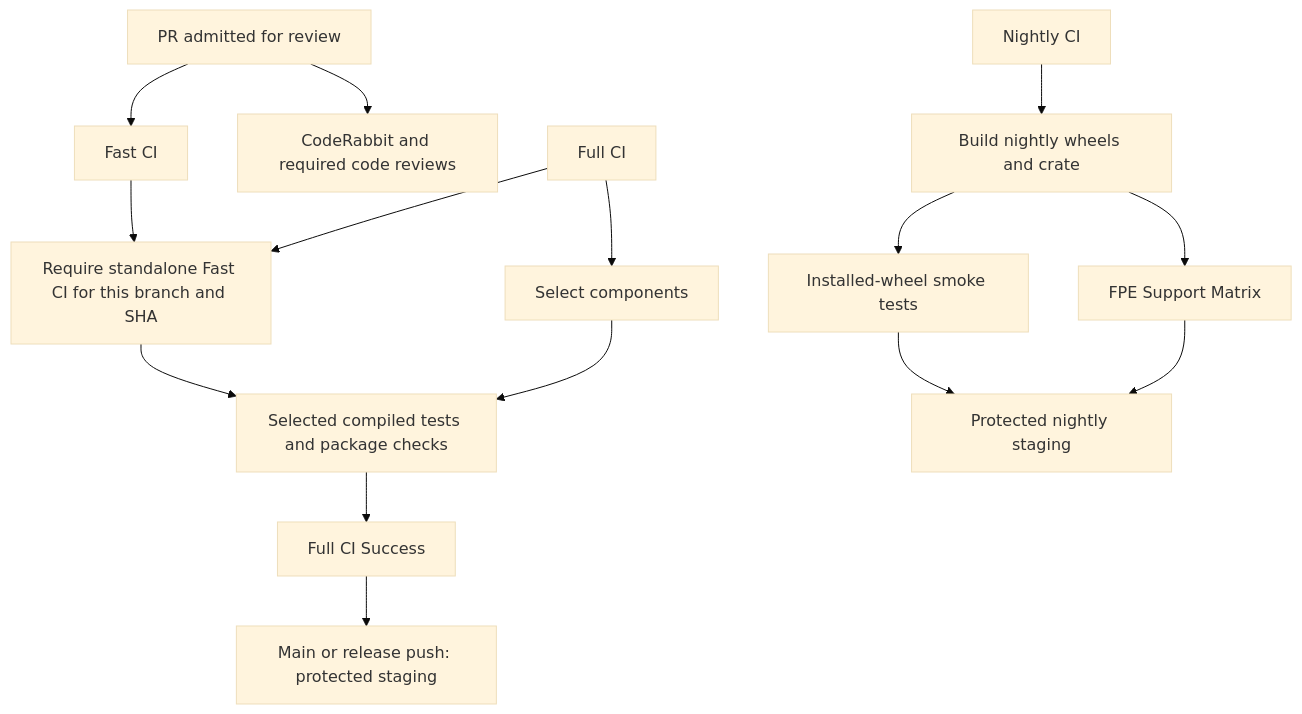
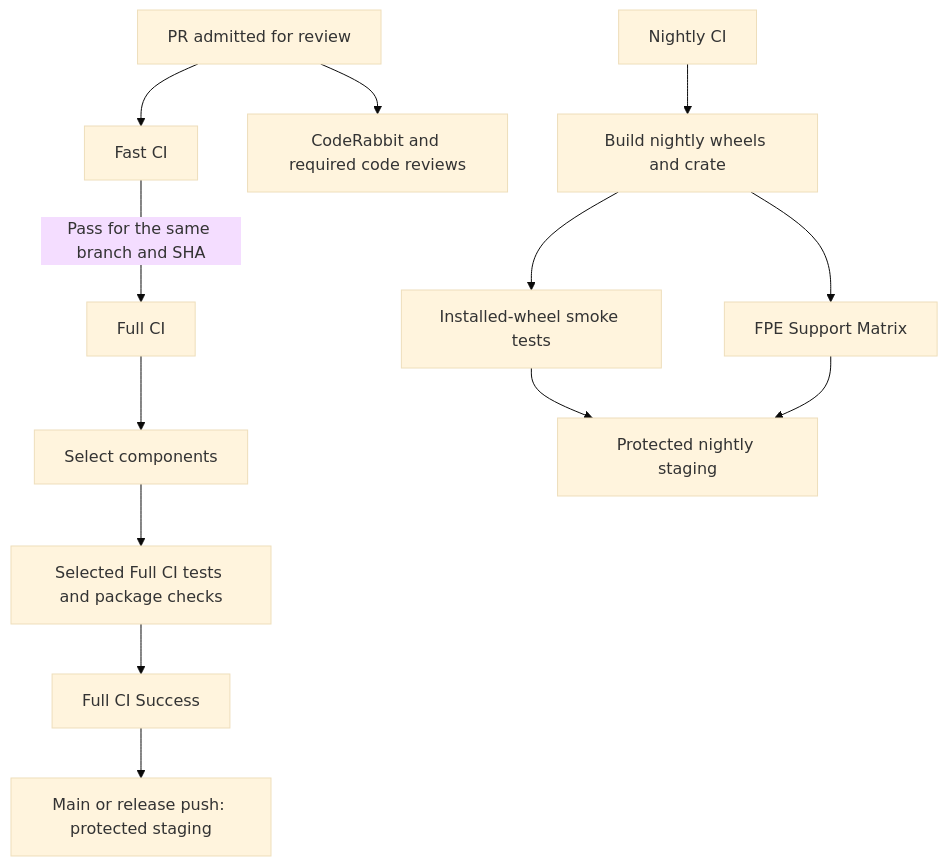
Before and after one commit to ai-dynamo/aisimulate: the diagram in docs/ci.md, drawn with Mermaid (base theme). The commit also changed other lines of this file, not shown here.

Commit message:
docs(ci): clarify Fast to Full CI diagram flow

````diff
--- a/docs/ci.md
+++ b/docs/ci.md
@@ -39,17 +39,15 @@
 ```mermaid
 flowchart TD
     PR[PR admitted for review] --> Fast[Fast CI]
     PR --> Review[CodeRabbit and required code reviews]
-    Full[Full CI] --> Prerequisite[Require standalone Fast CI for this branch and SHA]
-    Fast --> Prerequisite
+    Fast -->|Pass for the same branch and SHA| Full[Full CI]
     Full --> Scope[Select components]
-    Prerequisite --> Checks[Selected compiled tests and package checks]
-    Scope --> Checks
+    Scope --> Checks[Selected Full CI tests and package checks]
     Checks --> Success[Full CI Success]
     Success --> Stage[Main or release push: protected staging]
     Nightly[Nightly CI] --> Build[Build nightly wheels and crate]
     Build --> Smoke[Installed-wheel smoke tests]
     Build --> FPE[FPE Support Matrix]
     Smoke --> Publish[Protected nightly staging]
     FPE --> Publish
 ```
````
